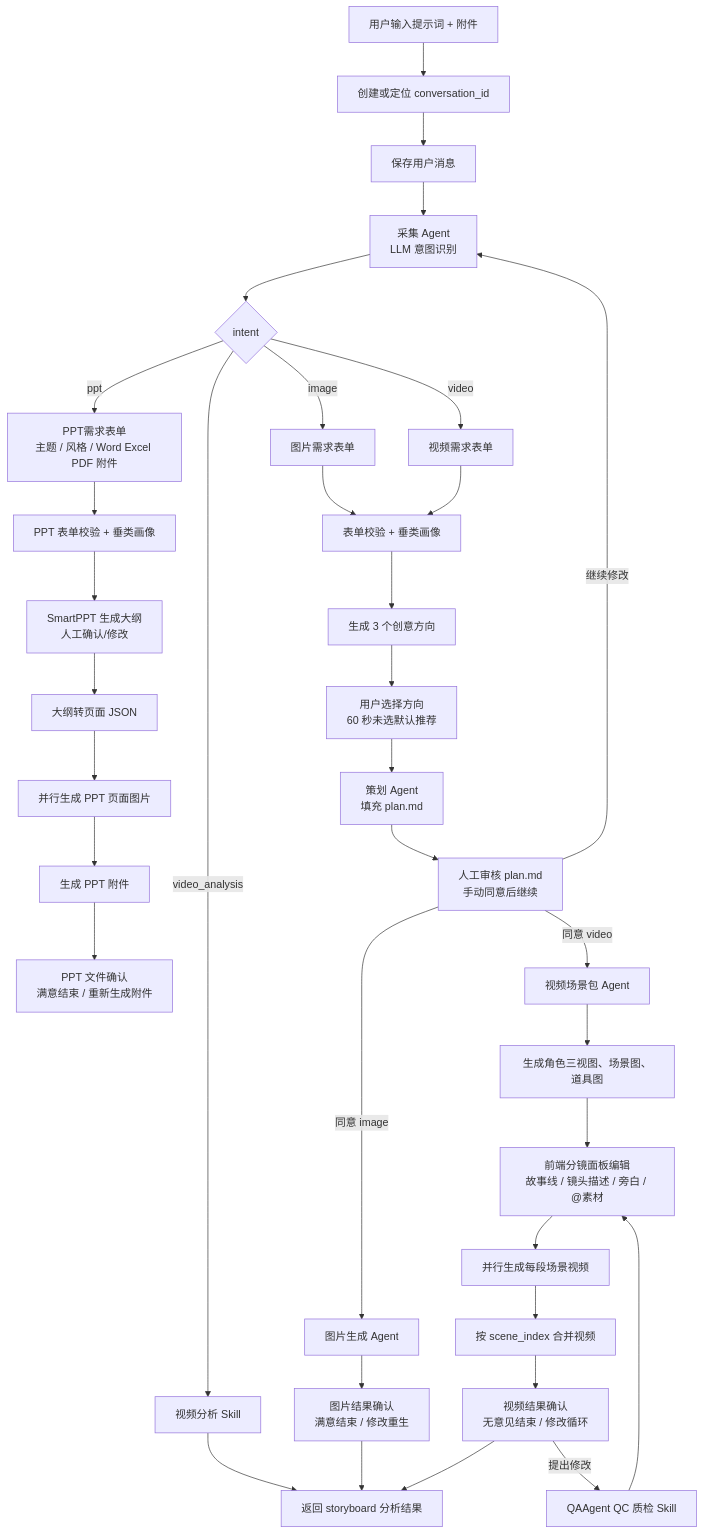
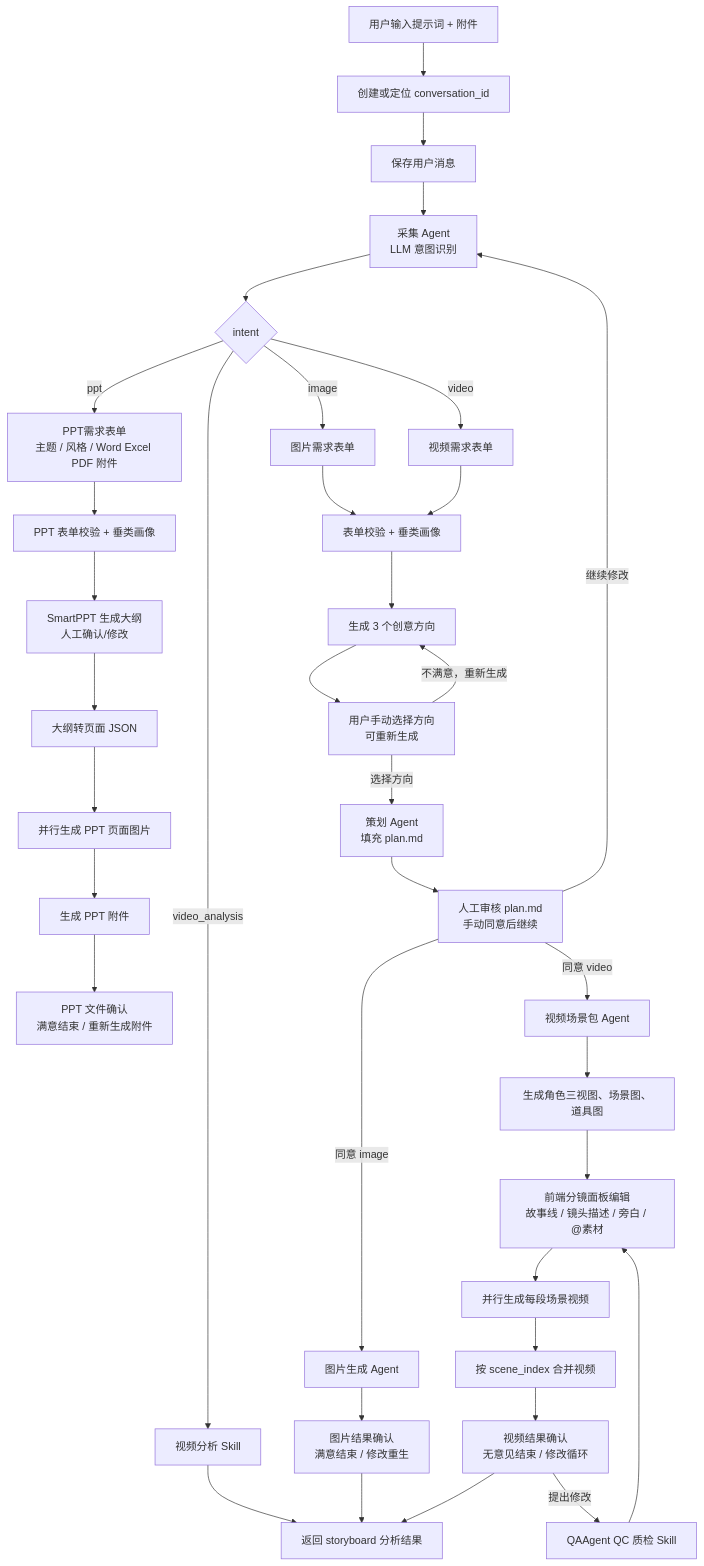
Before and after one commit to joyslxd/pixelflow: the second of 7 diagrams in docs/pixelflow-agent-skill-flow-latest-design.md, drawn with Mermaid. The commit also changed other lines of this file and 15 other files, not shown here.

Commit message:
提升图像编辑和场景资源处理能力 - 在 mainFlowContract.test.mjs 中新增了处理已完成的采集任务和全局资产编辑选项的测试用例。 - 优化了图像编辑采集和全局资产编辑流程的断言。 - 引入了用于处理已完成的图像资产编辑任务并接受图像结果的函数。 - 更新了 scenePackages.test.mjs，以验证全局场景资产编辑的比例和元数据偏好设置。 - 修改了 vite.config.ts，确保所有 /api 请求在本地调试时均通过 content-app 路由。

````diff
--- a/docs/pixelflow-agent-skill-flow-latest-design.md
+++ b/docs/pixelflow-agent-skill-flow-latest-design.md
@@ -48,37 +48,38 @@
 ```mermaid
 flowchart TD
   A["用户输入提示词 + 附件"] --> B["创建或定位 conversation_id"]
   B --> C["保存用户消息"]
   C --> D["采集 Agent<br/>LLM 意图识别"]
   D --> E{"intent"}
   E -->|"video_analysis"| VA["视频分析 Skill"]
   E -->|"image"| IF["图片需求表单"]
   E -->|"video"| VF["视频需求表单"]
   E -->|"ppt"| PF["PPT需求表单<br/>主题 / 风格 / Word Excel PDF 附件"]
   IF --> IV["表单校验 + 垂类画像"]
   VF --> IV
   PF --> PIV["PPT 表单校验 + 垂类画像"]
   PIV --> PSUM["SmartPPT 生成大纲<br/>人工确认/修改"]
   PSUM --> PJSON["大纲转页面 JSON"]
   PJSON --> PIMG["并行生成 PPT 页面图片"]
   PIMG --> PFILE["生成 PPT 附件"]
   PFILE --> PDONE["PPT 文件确认<br/>满意结束 / 重新生成附件"]
   IV --> DIR["生成 3 个创意方向"]
-  DIR --> CHOOSE["用户选择方向<br/>60 秒未选默认推荐"]
-  CHOOSE --> PLAN["策划 Agent<br/>填充 plan.md"]
+  DIR --> CHOOSE["用户手动选择方向<br/>可重新生成"]
+  CHOOSE -->|"不满意，重新生成"| DIR
+  CHOOSE -->|"选择方向"| PLAN["策划 Agent<br/>填充 plan.md"]
   PLAN --> REVIEW["人工审核 plan.md<br/>手动同意后继续"]
   REVIEW -->|"继续修改"| D
   REVIEW -->|"同意 image"| IMG["图片生成 Agent"]
   REVIEW -->|"同意 video"| VP["视频场景包 Agent"]
   IMG --> IR["图片结果确认<br/>满意结束 / 修改重生"]
   VP --> SA["生成角色三视图、场景图、道具图"]
   SA --> SB["前端分镜面板编辑<br/>故事线 / 镜头描述 / 旁白 / @素材"]
   SB --> SV["并行生成每段场景视频"]
   SV --> MERGE["按 scene_index 合并视频"]
   MERGE --> VR["视频结果确认<br/>无意见结束 / 修改循环"]
   VR -->|"提出修改"| QC["QAAgent QC 质检 Skill"]
   QC --> SB
   VA --> DONE["返回 storyboard 分析结果"]
   IR --> DONE
   VR --> DONE
 ```
````
